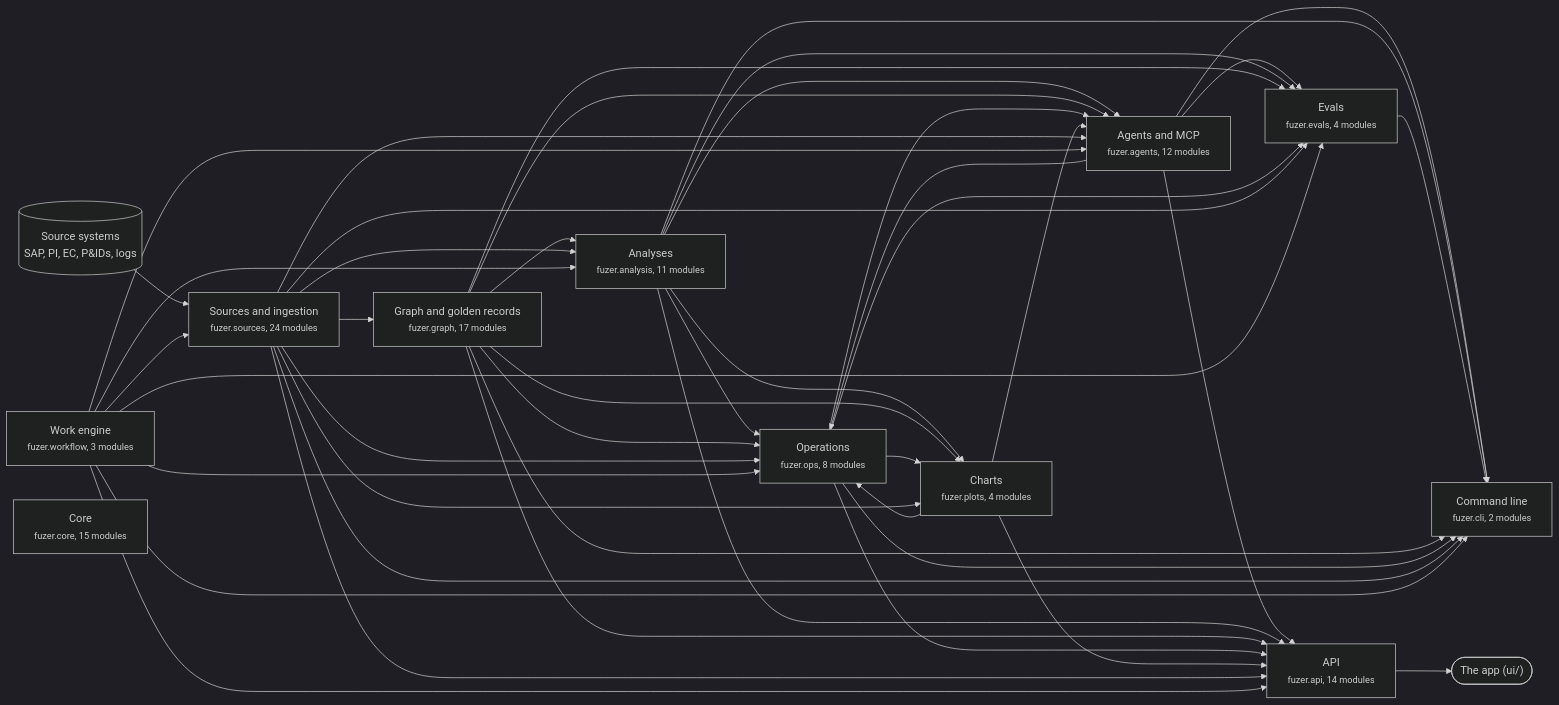
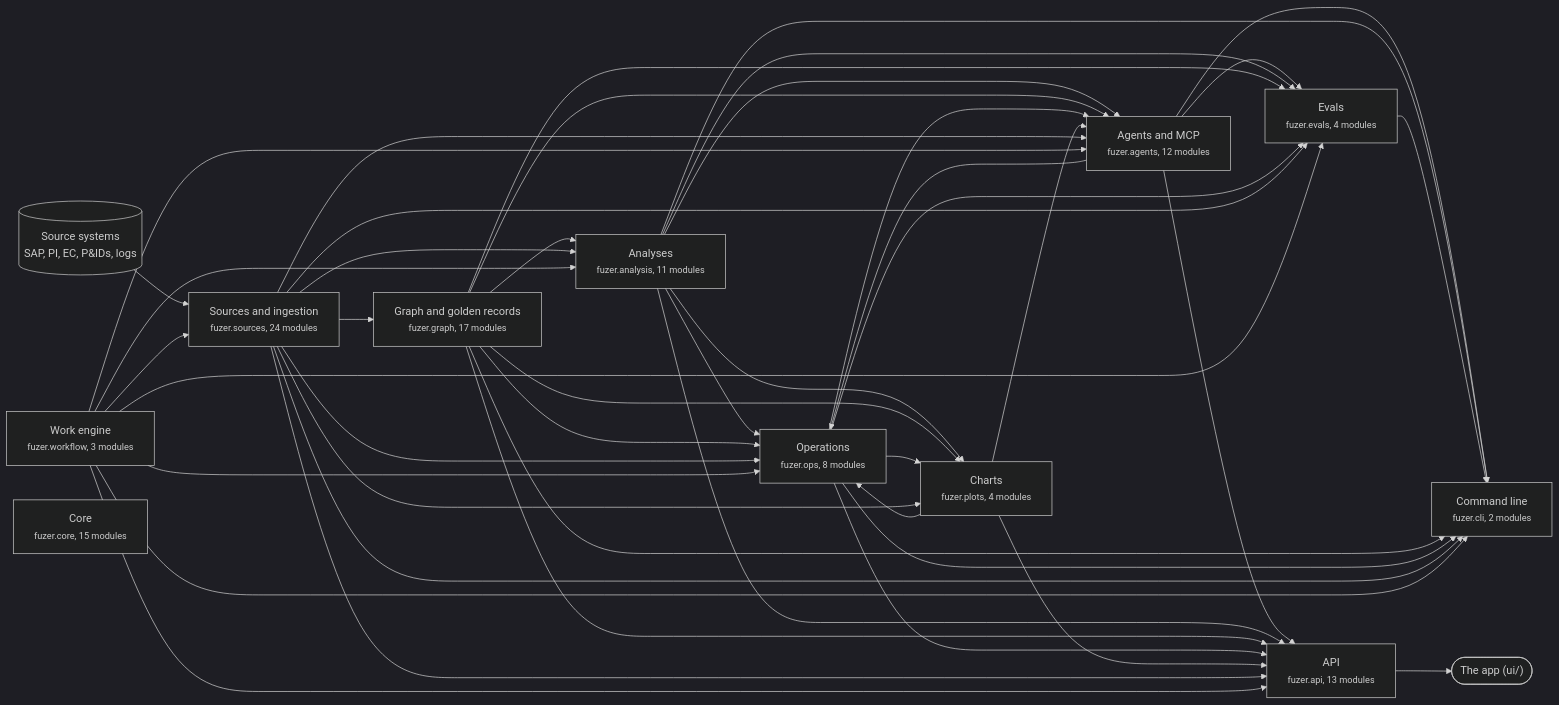
One commit to areed145/fuzer changed the first of 3 diagrams in docs/architecture.md. Above: the diagram before and after it, drawn with Mermaid (dark theme). The commit also changed other lines of this file and 20 other files, not shown here.

First line of the commit message:
Untangle overlapping pages (#244): nav groups, page jobs, no Architecture page

````diff
--- a/docs/architecture.md
+++ b/docs/architecture.md
@@ -8,69 +8,69 @@
 ```mermaid
 flowchart LR
   systems[("Source systems<br>SAP, PI, EC, P&IDs, logs")] --> c_sources
   app(["The app (ui/)"])
   c_api --> app
   c_sources["Sources and ingestion<br><small>fuzer.sources, 24 modules</small>"]
   c_graph["Graph and golden records<br><small>fuzer.graph, 17 modules</small>"]
   c_analysis["Analyses<br><small>fuzer.analysis, 11 modules</small>"]
   c_ops["Operations<br><small>fuzer.ops, 8 modules</small>"]
   c_plots["Charts<br><small>fuzer.plots, 4 modules</small>"]
   c_workflow["Work engine<br><small>fuzer.workflow, 3 modules</small>"]
   c_agents["Agents and MCP<br><small>fuzer.agents, 12 modules</small>"]
   c_evals["Evals<br><small>fuzer.evals, 4 modules</small>"]
-  c_api["API<br><small>fuzer.api, 14 modules</small>"]
+  c_api["API<br><small>fuzer.api, 13 modules</small>"]
   c_cli["Command line<br><small>fuzer.cli, 2 modules</small>"]
   c_core["Core<br><small>fuzer.core, 15 modules</small>"]
   c_workflow --> c_sources
   c_sources --> c_graph
   c_graph --> c_analysis
   c_sources --> c_analysis
   c_workflow --> c_analysis
   c_agents --> c_ops
   c_analysis --> c_ops
   c_graph --> c_ops
   c_plots --> c_ops
   c_sources --> c_ops
   c_workflow --> c_ops
   c_analysis --> c_plots
   c_graph --> c_plots
   c_ops --> c_plots
   c_sources --> c_plots
   c_analysis --> c_agents
   c_graph --> c_agents
   c_ops --> c_agents
   c_plots --> c_agents
   c_sources --> c_agents
   c_workflow --> c_agents
   c_agents --> c_evals
   c_analysis --> c_evals
   c_graph --> c_evals
   c_ops --> c_evals
   c_sources --> c_evals
   c_workflow --> c_evals
   c_agents --> c_api
   c_analysis --> c_api
   c_graph --> c_api
   c_ops --> c_api
   c_plots --> c_api
   c_sources --> c_api
   c_workflow --> c_api
   c_agents --> c_cli
   c_analysis --> c_cli
   c_evals --> c_cli
   c_graph --> c_cli
   c_ops --> c_cli
   c_sources --> c_cli
   c_workflow --> c_cli
   click c_sources "https://github.com/areed145/fuzer/tree/main/src/fuzer/sources"
   click c_graph "https://github.com/areed145/fuzer/tree/main/src/fuzer/graph"
   click c_analysis "https://github.com/areed145/fuzer/tree/main/src/fuzer/analysis"
   click c_ops "https://github.com/areed145/fuzer/tree/main/src/fuzer/ops"
   click c_plots "https://github.com/areed145/fuzer/tree/main/src/fuzer/plots"
   click c_workflow "https://github.com/areed145/fuzer/tree/main/src/fuzer/workflow"
   click c_agents "https://github.com/areed145/fuzer/tree/main/src/fuzer/agents"
   click c_evals "https://github.com/areed145/fuzer/tree/main/src/fuzer/evals"
   click c_api "https://github.com/areed145/fuzer/tree/main/src/fuzer/api"
   click c_cli "https://github.com/areed145/fuzer/tree/main/src/fuzer/cli"
   click c_core "https://github.com/areed145/fuzer/tree/main/src/fuzer/core"
 ```
````
